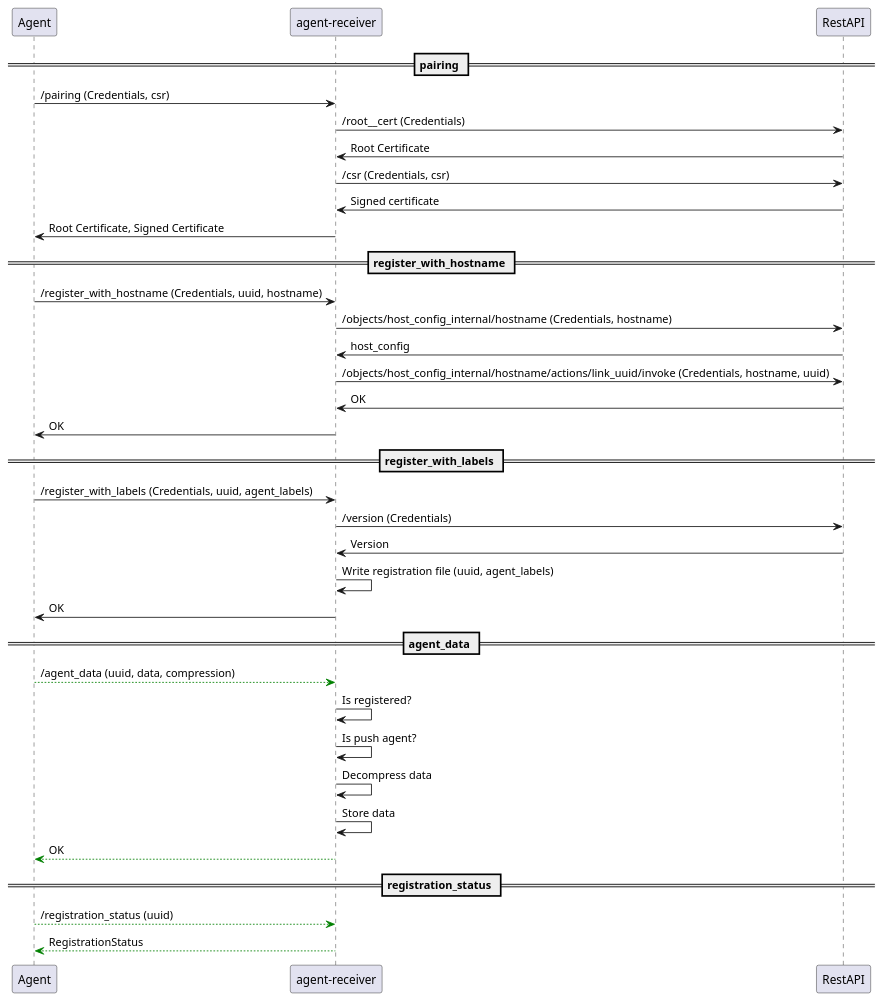
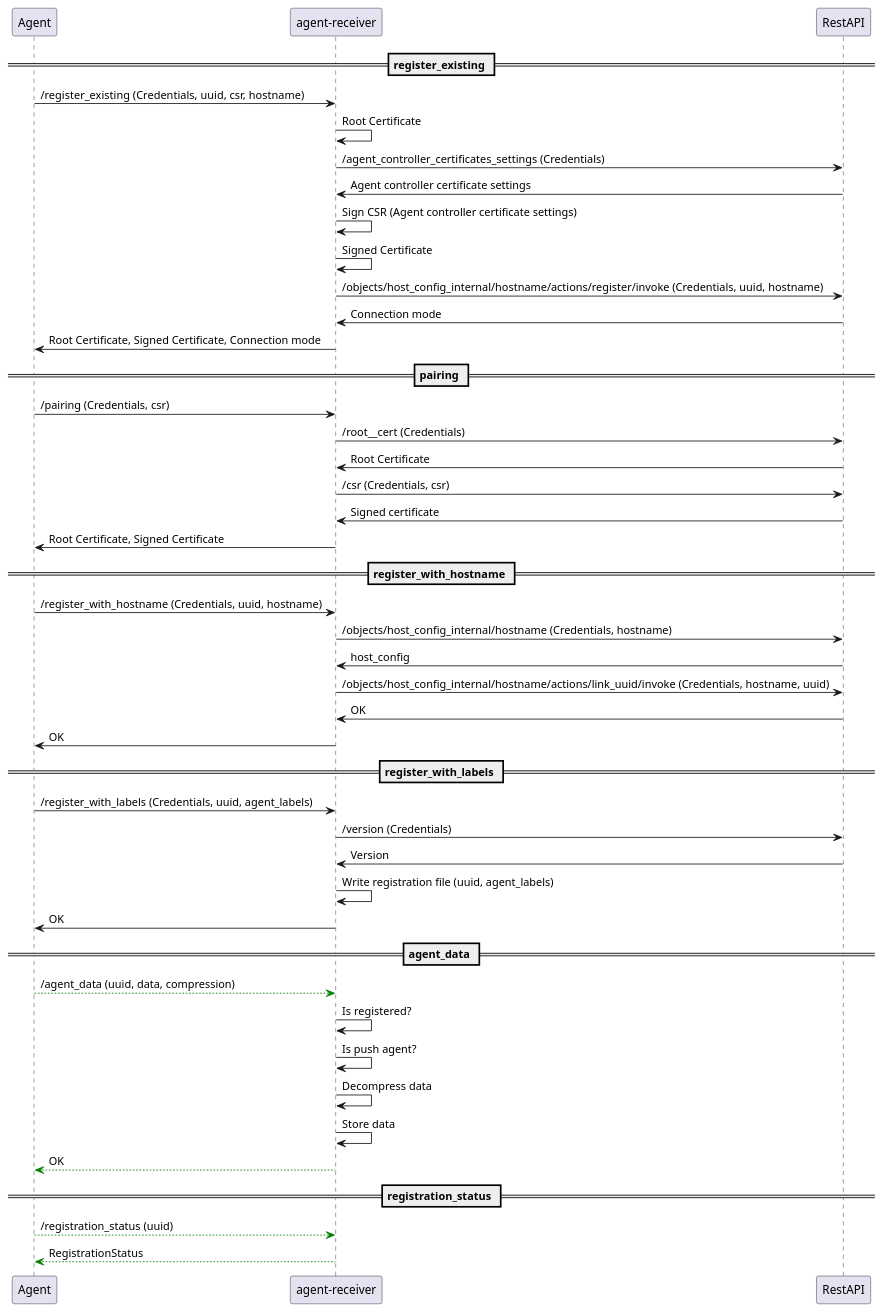
One commit to Checkmk/checkmk changed the diagram in doc/documentation/arch-comp-agent-receiver.puml. Above: the diagram before and after it, drawn with PlantUML. The commit also changed 11 other files, not shown here.

First line of the commit message:
Agent receiver: New /register_existing endpoint

```diff
--- a/doc/documentation/arch-comp-agent-receiver.puml
+++ b/doc/documentation/arch-comp-agent-receiver.puml
@@ -1,52 +1,65 @@
 @startuml
 
 participant Agent as agent
 participant "agent-receiver" as agent_receiver
 participant "RestAPI" as rest_api
+
+== register_existing ==
+
+agent -> agent_receiver: /register_existing (Credentials, uuid, csr, hostname)
+agent_receiver -> agent_receiver: Root Certificate
+agent_receiver -> rest_api: /agent_controller_certificates_settings (Credentials)
+rest_api -> agent_receiver: Agent controller certificate settings
+agent_receiver -> agent_receiver: Sign CSR (Agent controller certificate settings)
+agent_receiver -> agent_receiver: Signed Certificate
+agent_receiver -> rest_api: /objects/host_config_internal/hostname/actions/register/invoke (Credentials, uuid, hostname)
+rest_api -> agent_receiver: Connection mode
+agent_receiver -> agent: Root Certificate, Signed Certificate, Connection mode
+
 
 == pairing ==
 
 agent -> agent_receiver:  /pairing (Credentials, csr)
 agent_receiver -> rest_api: /root__cert (Credentials)
 rest_api -> agent_receiver: Root Certificate
 agent_receiver -> rest_api: /csr (Credentials, csr)
 rest_api -> agent_receiver: Signed certificate
 agent_receiver -> agent: Root Certificate, Signed Certificate
 
 
 == register_with_hostname ==
 
 agent -> agent_receiver: /register_with_hostname (Credentials, uuid, hostname)
 agent_receiver -> rest_api: /objects/host_config_internal/hostname (Credentials, hostname)
 rest_api -> agent_receiver: host_config
 agent_receiver -> rest_api: /objects/host_config_internal/hostname/actions/link_uuid/invoke (Credentials, hostname, uuid)
 rest_api -> agent_receiver: OK
 agent_receiver -> agent: OK
 
 
 == register_with_labels ==
 
 agent -> agent_receiver: /register_with_labels (Credentials, uuid, agent_labels)
 agent_receiver -> rest_api: /version (Credentials)
 rest_api -> agent_receiver: Version
 agent_receiver -> agent_receiver: Write registration file (uuid, agent_labels)
 agent_receiver -> agent: OK
 
 
 == agent_data ==
 
 agent -[#green]-> agent_receiver: /agent_data (uuid, data, compression)
 agent_receiver -> agent_receiver: Is registered?
 agent_receiver -> agent_receiver: Is push agent?
 agent_receiver -> agent_receiver: Decompress data
 agent_receiver -> agent_receiver: Store data
 agent_receiver -[#green]-> agent: OK
 
 
 == registration_status ==
 
 agent -[#green]-> agent_receiver: /registration_status (uuid)
 agent_receiver -[#green]-> agent: RegistrationStatus
 
 
 @enduml
```
